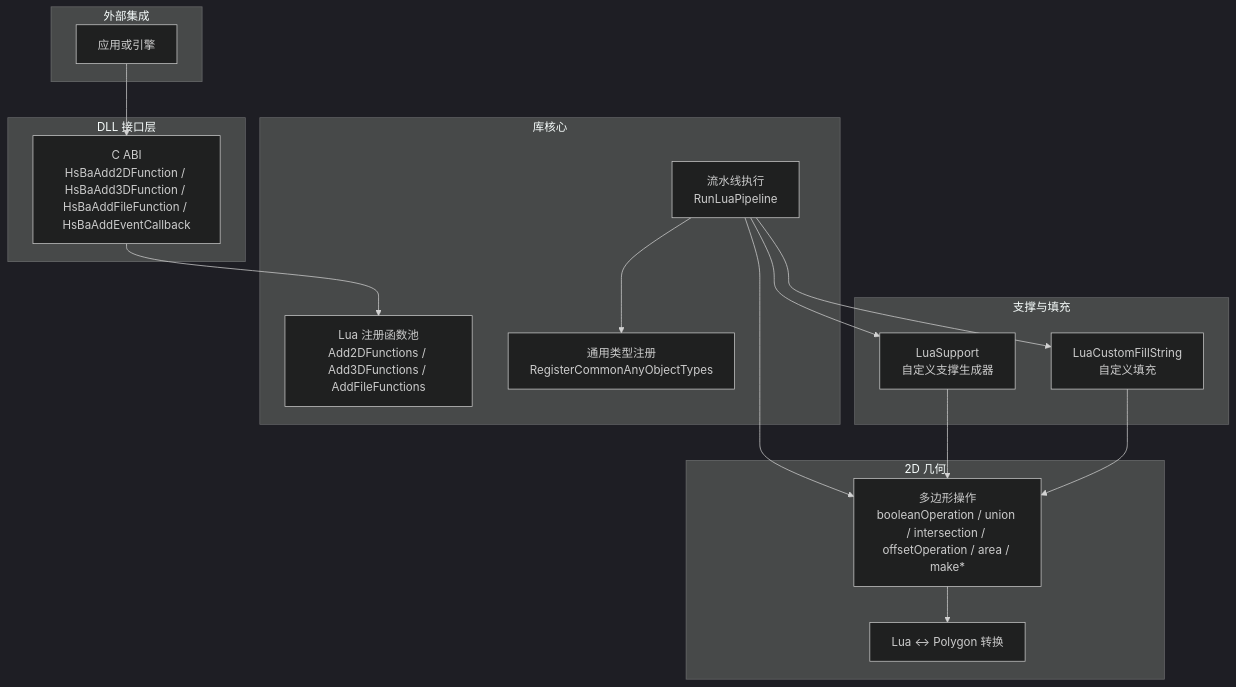
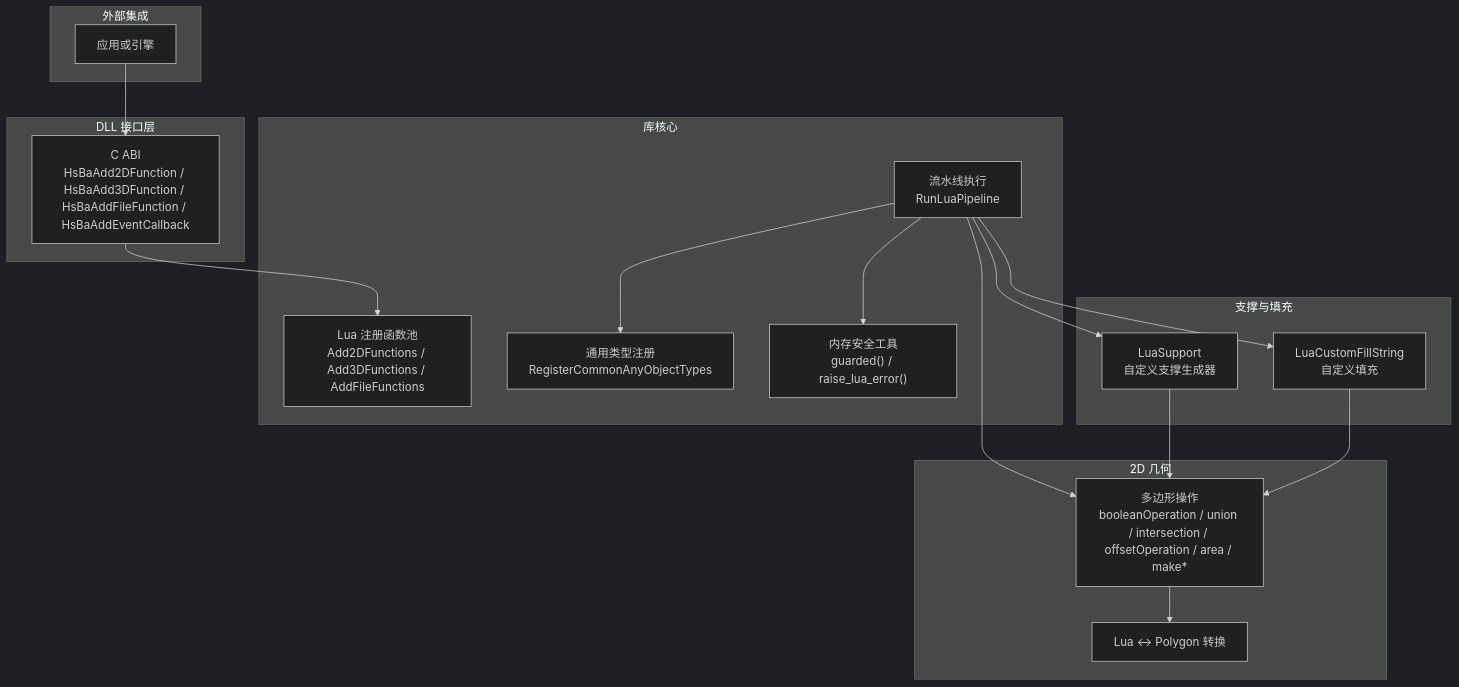
Before and after one commit to hsmbanlance/HsBaSlicer: the first of 9 diagrams in .qoder/repowiki/zh/content/Lua 脚本系统/Lua 脚本系统.md, drawn with Mermaid (dark theme). The commit also changed other lines of this file and 202 other files, not shown here.

````diff
--- a/.qoder/repowiki/zh/content/Lua 脚本系统/Lua 脚本系统.md
+++ b/.qoder/repowiki/zh/content/Lua 脚本系统/Lua 脚本系统.md
@@ -51,31 +63,33 @@
 ```mermaid
 graph TB
 subgraph "外部集成"
 App["应用或引擎"]
 end
 subgraph "DLL 接口层"
 CABI["C ABI<br/>HsBaAdd2DFunction / HsBaAdd3DFunction / HsBaAddFileFunction / HsBaAddEventCallback"]
 end
 subgraph "库核心"
 Pool["Lua 注册函数池<br/>Add2DFunctions / Add3DFunctions / AddFileFunctions"]
 Pipeline["流水线执行<br/>RunLuaPipeline"]
 Types["通用类型注册<br/>RegisterCommonAnyObjectTypes"]
+Utils["内存安全工具<br/>guarded() / raise_lua_error()"]
 end
 subgraph "2D 几何"
 PolyOps["多边形操作<br/>booleanOperation / union / intersection / offsetOperation / area / make*"]
 Adapter["Lua <-> Polygon 转换"]
 end
 subgraph "支撑与填充"
 LuaSupport["LuaSupport<br/>自定义支撑生成器"]
 LuaFill["LuaCustomFillString<br/>自定义填充"]
 end
 App --> CABI
 CABI --> Pool
 Pipeline --> Types
+Pipeline --> Utils
 Pipeline --> PolyOps
 Pipeline --> LuaSupport
 Pipeline --> LuaFill
 LuaSupport --> PolyOps
 LuaFill --> PolyOps
 PolyOps --> Adapter
 ```
````
